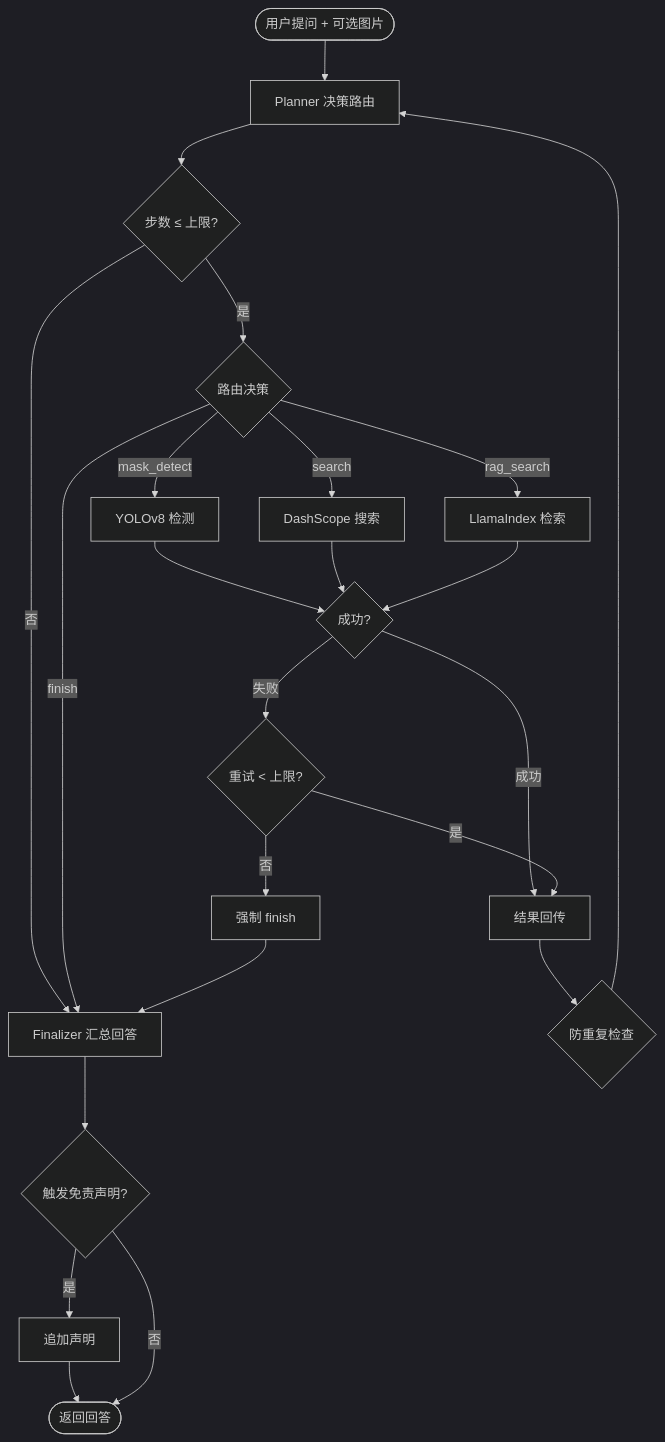
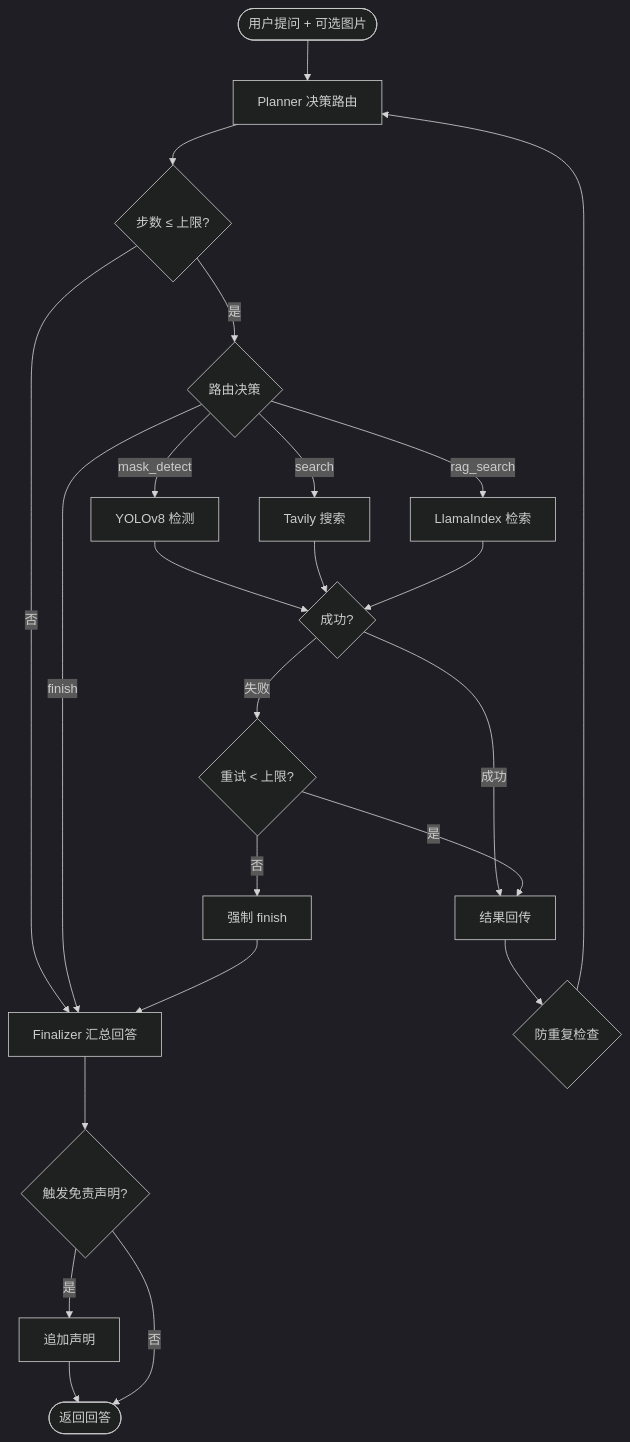
Before and after one commit to fangkai00/mask-detection-agent: the second of 2 diagrams in README.md, drawn with Mermaid (dark theme). The commit also changed other lines of this file and 5 other files, not shown here.

````diff
--- a/README.md
+++ b/README.md
@@ -144,26 +149,26 @@
 ```mermaid
 flowchart TD
     Start([用户提问 + 可选图片]) --> Planner[Planner 决策路由]
     Planner --> CheckStep{步数 ≤ 上限?}
     CheckStep -->|否| Final
     CheckStep -->|是| Route{路由决策}
 
     Route -->|mask_detect| MaskDetect[YOLOv8 检测]
-    Route -->|search| WebSearch[DashScope 搜索]
+    Route -->|search| WebSearch[Tavily 搜索]
     Route -->|rag_search| RagSearch[LlamaIndex 检索]
     Route -->|finish| Final
 
     MaskDetect & WebSearch & RagSearch --> ErrorCheck{成功?}
     ErrorCheck -->|成功| BackToPlanner[结果回传]
     ErrorCheck -->|失败| RetryCheck{重试 < 上限?}
     RetryCheck -->|是| BackToPlanner
     RetryCheck -->|否| ForceFinish[强制 finish]
 
     BackToPlanner --> NoRepeat{防重复检查}
     NoRepeat --> Planner
     ForceFinish --> Final
 
     Final[Finalizer 汇总回答] --> Disclaimer{触发免责声明?}
     Disclaimer -->|是| Append[追加声明] --> End([返回回答])
     Disclaimer -->|否| End
 ```
````
